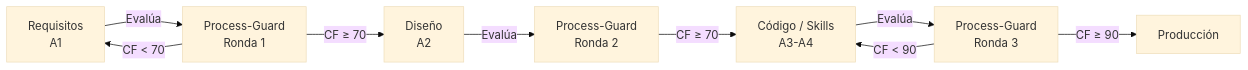
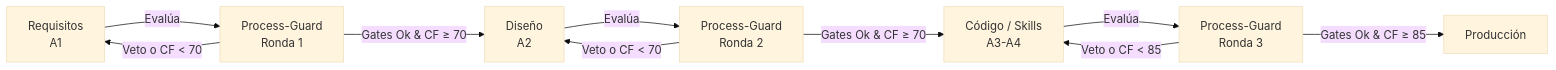
One commit to AXLAAF/Hakaton changed the diagram in tasks/entregables_tarea_2/diagrams/figura_2_ciclo_vida.md. Above: the diagram before and after it, drawn with Mermaid (base theme). The commit also changed 6 other files, not shown here.

````diff
--- a/tasks/entregables_tarea_2/diagrams/figura_2_ciclo_vida.md
+++ b/tasks/entregables_tarea_2/diagrams/figura_2_ciclo_vida.md
@@ -3,11 +3,14 @@
 ```mermaid
 graph LR
     REQ[Requisitos\nA1] -->|Evalúa| PG1[Process-Guard\nRonda 1]
-    PG1 -->|CF ≥ 70| DES[Diseño\nA2]
-    PG1 -->|CF < 70| REQ
+    PG1 -->|Gates Ok & CF ≥ 70| DES[Diseño\nA2]
+    PG1 -->|Veto o CF < 70| REQ
+    
     DES -->|Evalúa| PG2[Process-Guard\nRonda 2]
-    PG2 -->|CF ≥ 70| COD[Código / Skills\nA3-A4]
+    PG2 -->|Gates Ok & CF ≥ 70| COD[Código / Skills\nA3-A4]
+    PG2 -->|Veto o CF < 70| DES
+    
     COD -->|Evalúa| PG3[Process-Guard\nRonda 3]
-    PG3 -->|CF ≥ 90| PROD[Producción]
-    PG3 -->|CF < 90| COD
+    PG3 -->|Gates Ok & CF ≥ 85| PROD[Producción]
+    PG3 -->|Veto o CF < 85| COD
 ```
````
